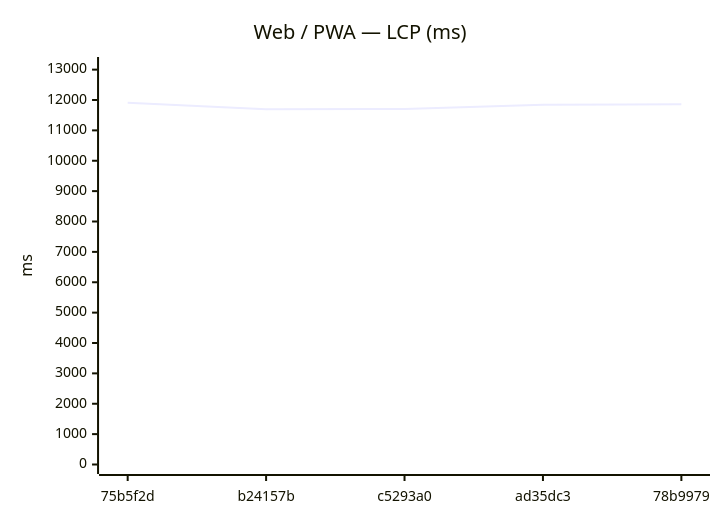
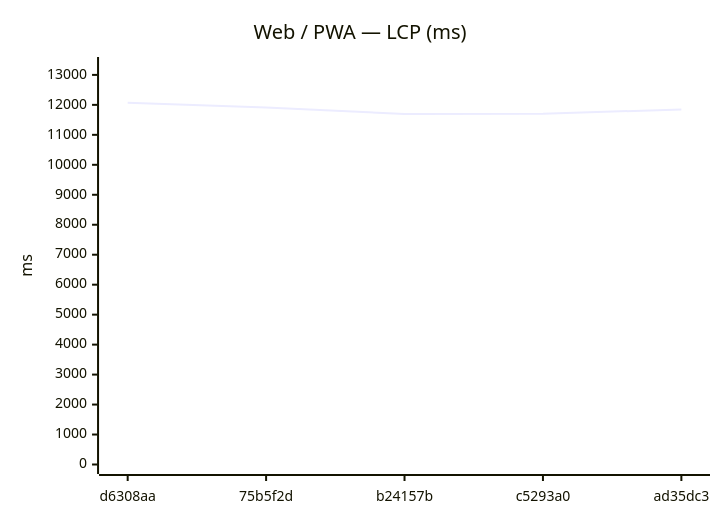
One commit to Metaheurist/Rianell changed the ninth of 24 diagrams in benchmarks/compare.md. Above: the diagram before and after it, drawn with Mermaid. The commit also changed other lines of this file and 14 other files, not shown here.

````diff
--- a/benchmarks/compare.md
+++ b/benchmarks/compare.md
@@ -144,7 +144,7 @@
 ```mermaid
 xychart-beta
     title "Web / PWA — LCP (ms)"
-    x-axis ["75b5f2d", "b24157b", "c5293a0", "ad35dc3", "78b9979"]
-    y-axis "ms" 0 --> 13103
-    line [11911, 11695, 11707, 11844, 11862]
+    x-axis ["d6308aa", "75b5f2d", "b24157b", "c5293a0", "ad35dc3"]
+    y-axis "ms" 0 --> 13280
+    line [12072, 11911, 11695, 11707, 11844]
 ```
````
